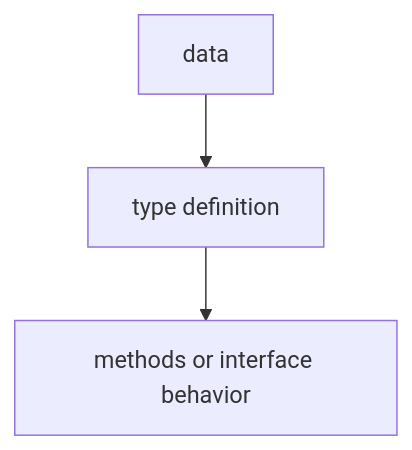
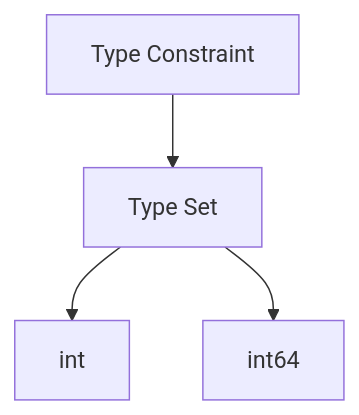
The diagram in 04-types-design/14-complex-generic-constraints/README.md (rasel9t6/the-go-engineer), drawn with Mermaid before and after one commit. The commit also changed other lines of this file and 84 other files, not shown here.

````diff
--- a/04-types-design/14-complex-generic-constraints/README.md
+++ b/04-types-design/14-complex-generic-constraints/README.md
@@ -23,5 +20,6 @@
 ```mermaid
 graph TD
-    A["data"] --> B["type definition"]
-    B --> C["methods or interface behavior"]
+    A[Type Constraint] --> B[Type Set]
+    B --> C[int]
+    B --> D[int64]
 ```
````
